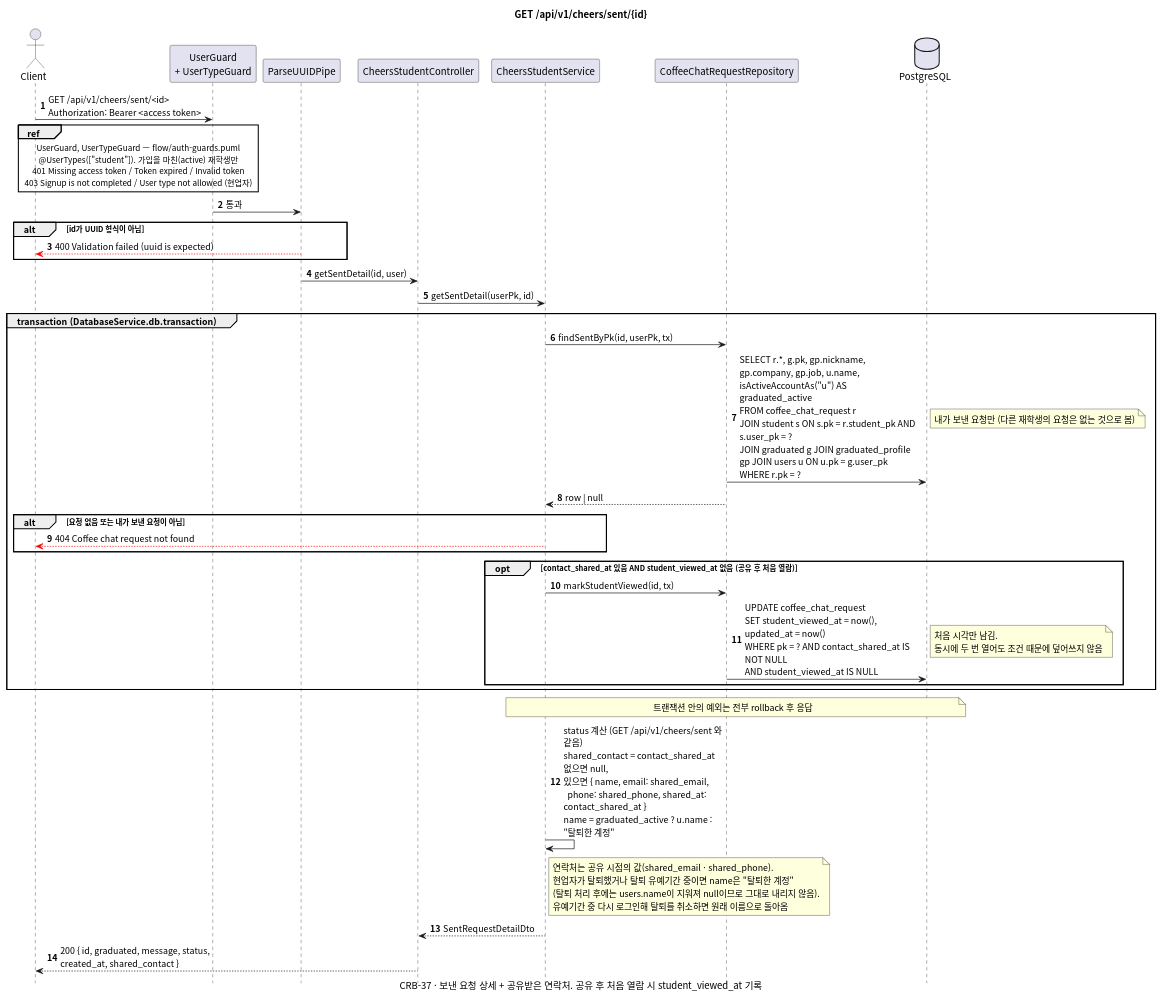
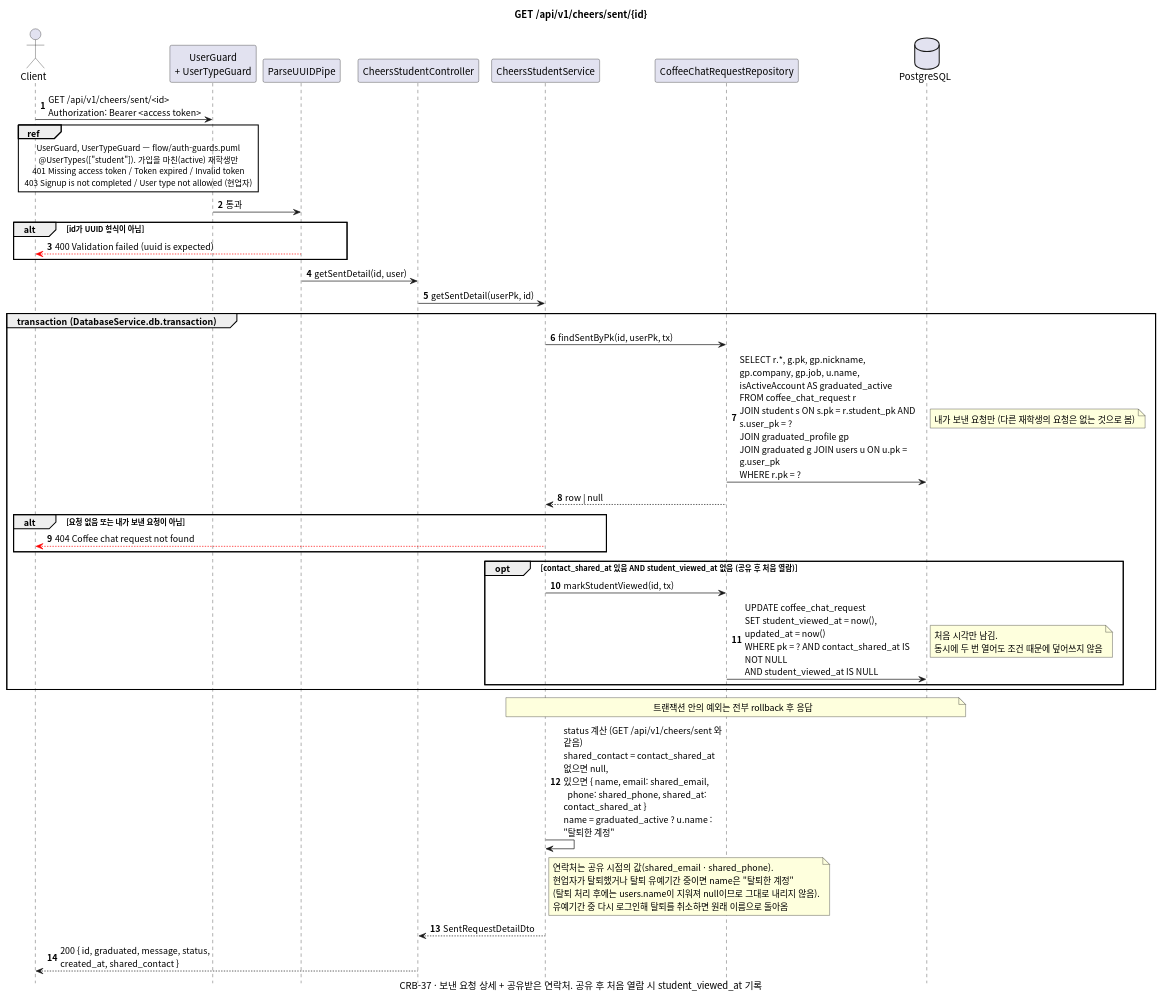
Before and after one commit to gsainfoteam/cheers-be: the diagram in docs/sequence/cheers/get-cheers-sent-id.puml, drawn with PlantUML. The commit also changed 1 other file, not shown here.

Commit message:
- docs: align cheers sequence diagrams with implementation

```diff
--- a/docs/sequence/cheers/get-cheers-sent-id.puml
+++ b/docs/sequence/cheers/get-cheers-sent-id.puml
@@ -1,63 +1,63 @@
 @startuml get-cheers-sent-id
 skinparam defaultFontName "Apple SD Gothic Neo", "Noto Sans CJK KR", sans-serif
 skinparam responseMessageBelowArrow true
 skinparam sequenceMessageAlign left
 skinparam maxMessageSize 260
 skinparam BoxPadding 8
 skinparam shadowing false
 autonumber
 hide footbox
 
 title GET /api/v1/cheers/sent/{id}
 caption CRB-37 · 보낸 요청 상세 + 공유받은 연락처. 공유 후 처음 열람 시 student_viewed_at 기록
 
 actor Client
 participant "UserGuard\n+ UserTypeGuard" as Guard
 participant "ParseUUIDPipe" as Pipe
 participant "CheersStudentController" as Controller
 participant "CheersStudentService" as Service
 participant "CoffeeChatRequestRepository" as CoffeeChatRequestRepository
 database PostgreSQL
 
 Client -> Guard: GET /api/v1/cheers/sent/<id>\nAuthorization: Bearer <access token>
 ref over Client, Guard
   UserGuard, UserTypeGuard — flow/auth-guards.puml
   @UserTypes(["student"]). 가입을 마친(active) 재학생만
   401 Missing access token / Token expired / Invalid token
   403 Signup is not completed / User type not allowed (현업자)
 end ref
 Guard -> Pipe: 통과
 alt id가 UUID 형식이 아님
   Pipe -[#red]-> Client: 400 Validation failed (uuid is expected)
 end
 Pipe -> Controller: getSentDetail(id, user)
 Controller -> Service: getSentDetail(userPk, id)
 
 group transaction (DatabaseService.db.transaction)
   Service -> CoffeeChatRequestRepository: findSentByPk(id, userPk, tx)
-  CoffeeChatRequestRepository -> PostgreSQL: SELECT r.*, g.pk, gp.nickname, gp.company, gp.job, u.name,\nisActiveAccountAs("u") AS graduated_active\nFROM coffee_chat_request r\nJOIN student s ON s.pk = r.student_pk AND s.user_pk = ?\nJOIN graduated g JOIN graduated_profile gp JOIN users u ON u.pk = g.user_pk\nWHERE r.pk = ?
+  CoffeeChatRequestRepository -> PostgreSQL: SELECT r.*, g.pk, gp.nickname, gp.company, gp.job, u.name,\nisActiveAccount AS graduated_active\nFROM coffee_chat_request r\nJOIN student s ON s.pk = r.student_pk AND s.user_pk = ?\nJOIN graduated_profile gp\nJOIN graduated g JOIN users u ON u.pk = g.user_pk\nWHERE r.pk = ?
   note right: 내가 보낸 요청만 (다른 재학생의 요청은 없는 것으로 봄)
   CoffeeChatRequestRepository --> Service: row | null
   alt 요청 없음 또는 내가 보낸 요청이 아님
     Service -[#red]-> Client: 404 Coffee chat request not found
   end
 
   opt contact_shared_at 있음 AND student_viewed_at 없음 (공유 후 처음 열람)
     Service -> CoffeeChatRequestRepository: markStudentViewed(id, tx)
     CoffeeChatRequestRepository -> PostgreSQL: UPDATE coffee_chat_request\nSET student_viewed_at = now(), updated_at = now()\nWHERE pk = ? AND contact_shared_at IS NOT NULL\nAND student_viewed_at IS NULL
     note right: 처음 시각만 남김.\n동시에 두 번 열어도 조건 때문에 덮어쓰지 않음
   end
 end
 note over Service, PostgreSQL: 트랜잭션 안의 예외는 전부 rollback 후 응답
 
 Service -> Service: status 계산 (GET /api/v1/cheers/sent 와 같음)\nshared_contact = contact_shared_at 없으면 null,\n있으면 { name, email: shared_email,\n  phone: shared_phone, shared_at: contact_shared_at }\nname = graduated_active ? u.name : "탈퇴한 계정"
 note right of Service
   연락처는 공유 시점의 값(shared_email · shared_phone).
   현업자가 탈퇴했거나 탈퇴 유예기간 중이면 name은 "탈퇴한 계정"
   (탈퇴 처리 후에는 users.name이 지워져 null이므로 그대로 내리지 않음).
   유예기간 중 다시 로그인해 탈퇴를 취소하면 원래 이름으로 돌아옴
 end note
 Service --> Controller: SentRequestDetailDto
 Controller --> Client: 200 { id, graduated, message, status, created_at, shared_contact }
 
 @enduml
```
